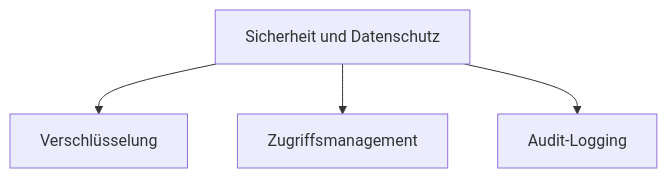
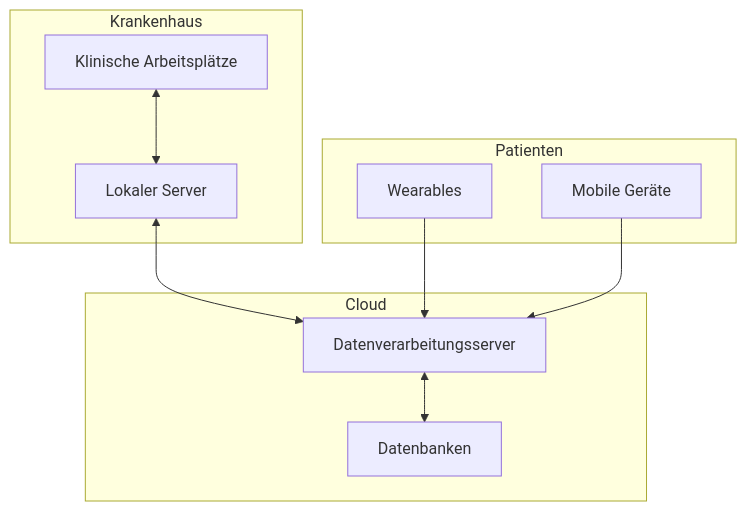
The eighth of 9 diagrams in arc42/arc42-template-DE.md (DustinScharf/SWTPbtu2024), drawn with Mermaid before and after one commit. The commit also changed other lines of this file, not shown here.

````diff
--- a/arc42/arc42-template-DE.md
+++ b/arc42/arc42-template-DE.md
@@ -293,6 +293,21 @@
 ```mermaid
 graph TD
-    F[Sicherheit und Datenschutz] --> F1[Verschlüsselung]
-    F --> F2[Zugriffsmanagement]
-    F --> F3[Audit-Logging]
+    subgraph Krankenhaus
+        A[Klinische Arbeitsplätze]
+        B[Lokaler Server]
+    end
+    subgraph Cloud
+        C[Datenverarbeitungsserver]
+        D[Datenbanken]
+    end
+    subgraph Patienten
+        E[Wearables]
+        F[Mobile Geräte]
+    end
+    
+    A <--> B
+    B <--> C
+    C <--> D
+    E --> C
+    F --> C
 ```
````
